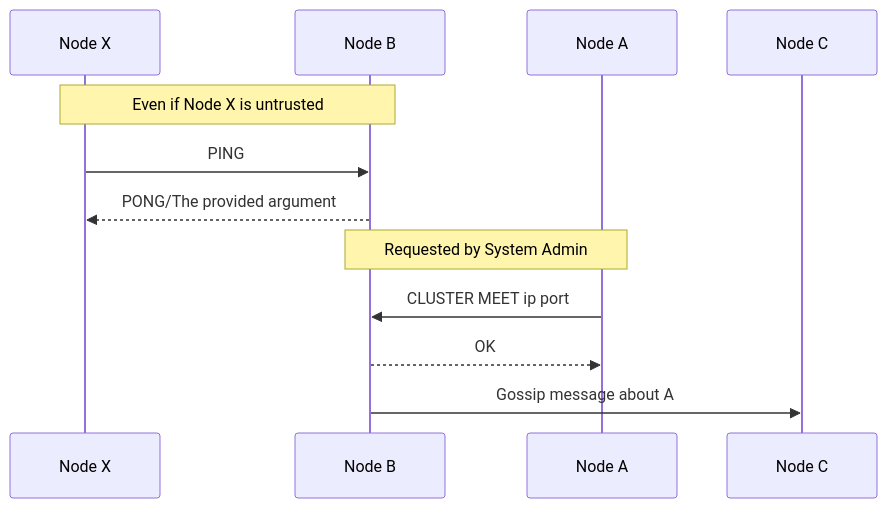
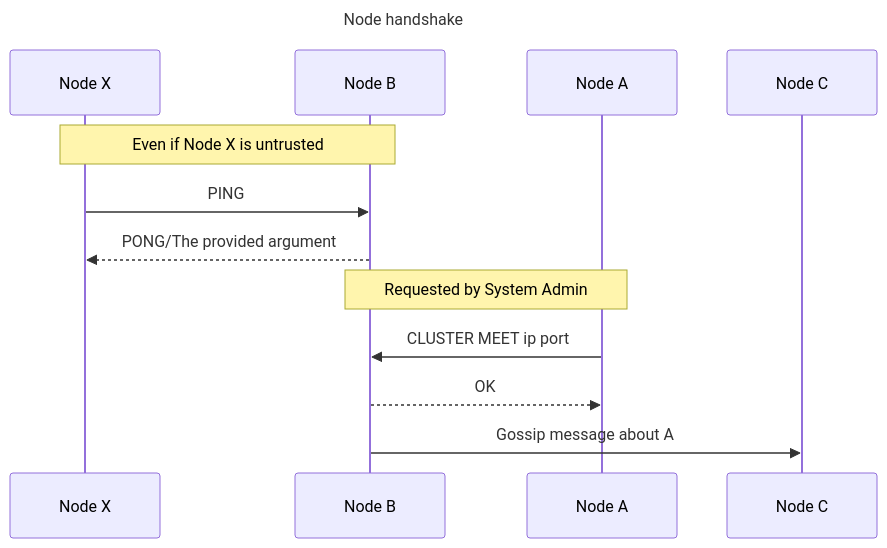
One commit to qinghaoh/qinghaoh.github.io changed the first of 8 diagrams in _posts/2022-08-29-system-design.markdown. Above: the diagram before and after it, drawn with Mermaid. The commit also changed other lines of this file and 5 other files, not shown here.

````diff
--- a/_posts/2022-08-29-system-design.markdown
+++ b/_posts/2022-08-29-system-design.markdown
@@ -54,10 +53,13 @@
 ```mermaid
+---
+title: Node handshake
+---
 sequenceDiagram
     Note over Node X, Node B: Even if Node X is untrusted
     Node X->>Node B: PING
     Node B-->>Node X: PONG/The provided argument
     Note over Node A, Node B: Requested by System Admin
     Node A->>Node B: CLUSTER MEET ip port
     Node B-->>Node A: OK
     Node B->>Node C: Gossip message about A
 ```
````
